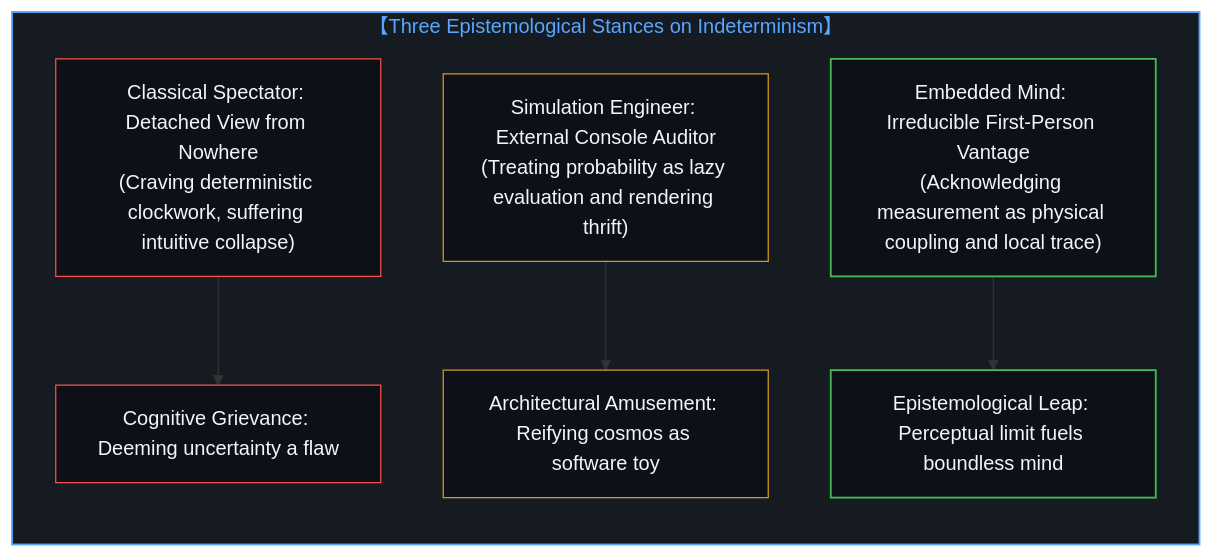
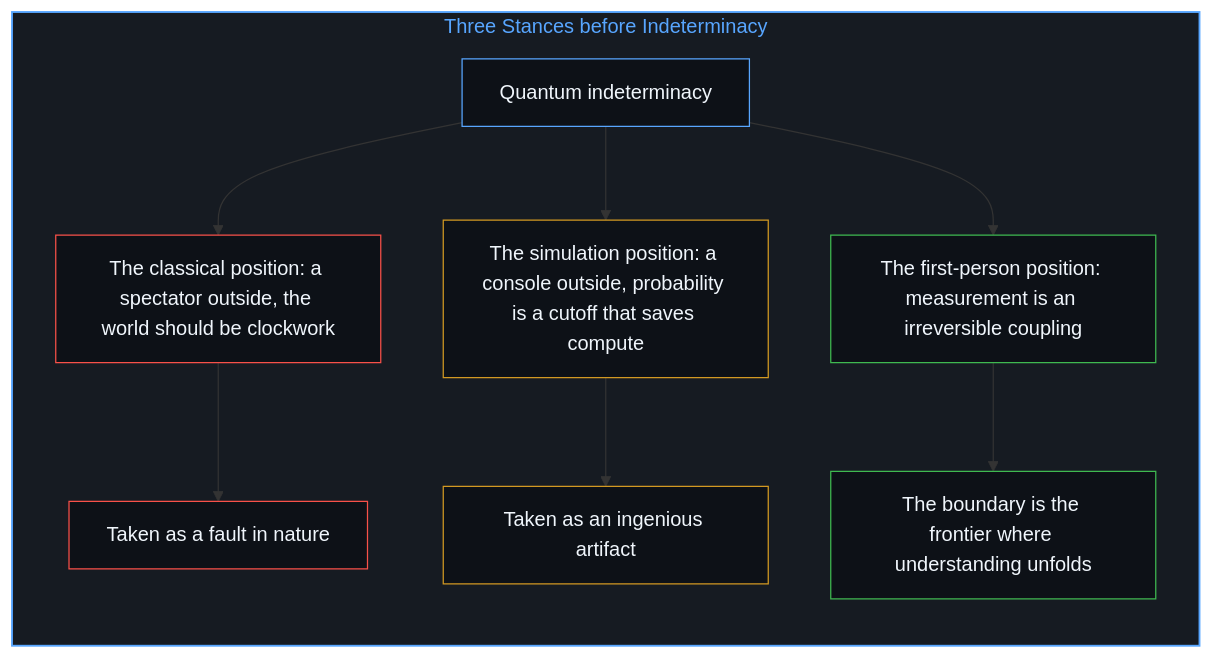
Before and after one commit to powerpig99/not-a-toe: the second of 8 diagrams in content/posts/the-boundary-of-perception-and-the-infinity-of-understanding.md, drawn with Mermaid. The commit also changed other lines of this file and 2 other files, not shown here.

Commit message:
Refine the-boundary-of-perception-and-the-infinity-of-understanding: every paragraph in both languages, four paired diagrams, the boundary as the trace of pointing, implicit first person

````diff
--- a/content/posts/the-boundary-of-perception-and-the-infinity-of-understanding.md
+++ b/content/posts/the-boundary-of-perception-and-the-infinity-of-understanding.md
@@ -35,17 +48,28 @@
 ```mermaid
-graph TD
-    subgraph S_ThreeStances_EN ["【Three Epistemological Stances on Indeterminism】"]
+flowchart TD
+    subgraph S_Stances["Three Stances before Indeterminacy"]
         direction TB
-        AE1["Classical Spectator: Detached View from Nowhere<br/>(Craving deterministic clockwork, suffering intuitive collapse)"] --> AE2["Cognitive Grievance: Deeming uncertainty a flaw"]
-        BE1["Simulation Engineer: External Console Auditor<br/>(Treating probability as lazy evaluation and rendering thrift)"] --> BE2["Architectural Amusement: Reifying cosmos as software toy"]
-        CE1["Embedded Mind: Irreducible First-Person Vantage<br/>(Acknowledging measurement as physical coupling and local trace)"] --> CE2["Epistemological Leap: Perceptual limit fuels boundless mind"]
+        Indet["Quantum indeterminacy"]
+        Classic["The classical position: a spectator outside, the world should be clockwork"]
+        Fault["Taken as a fault in nature"]
+        Sim["The simulation position: a console outside, probability is a cutoff that saves compute"]
+        Toy["Taken as an ingenious artifact"]
+        Emb["The first-person position: measurement is an irreversible coupling"]
+        Edge["The boundary is the frontier where understanding unfolds"]
+        Indet --> Classic
+        Classic --> Fault
+        Indet --> Sim
+        Sim --> Toy
+        Indet --> Emb
+        Emb --> Edge
     end
 
-    style S_ThreeStances_EN fill:#161b22,stroke:#58a6ff,stroke-width:1.5px,color:#58a6ff
-    style AE1 fill:#0d1117,stroke:#f85149,stroke-width:1px,color:#f0f6fc
-    style AE2 fill:#0d1117,stroke:#f85149,stroke-width:1px,color:#f0f6fc
-    style BE1 fill:#0d1117,stroke:#d29922,stroke-width:1px,color:#f0f6fc
-    style BE2 fill:#0d1117,stroke:#d29922,stroke-width:1px,color:#f0f6fc
-    style CE1 fill:#0d1117,stroke:#3fb950,stroke-width:1.5px,color:#f0f6fc
-    style CE2 fill:#0d1117,stroke:#3fb950,stroke-width:1.5px,color:#f0f6fc
+    style S_Stances fill:#161b22,stroke:#58a6ff,stroke-width:1.5px,color:#58a6ff
+    style Indet fill:#0d1117,stroke:#58a6ff,stroke-width:1px,color:#f0f6fc
+    style Classic fill:#0d1117,stroke:#f85149,stroke-width:1px,color:#f0f6fc
+    style Fault fill:#0d1117,stroke:#f85149,stroke-width:1px,color:#f0f6fc
+    style Sim fill:#0d1117,stroke:#d29922,stroke-width:1px,color:#f0f6fc
+    style Toy fill:#0d1117,stroke:#d29922,stroke-width:1px,color:#f0f6fc
+    style Emb fill:#0d1117,stroke:#3fb950,stroke-width:1px,color:#f0f6fc
+    style Edge fill:#0d1117,stroke:#3fb950,stroke-width:1px,color:#f0f6fc
 ```
````
